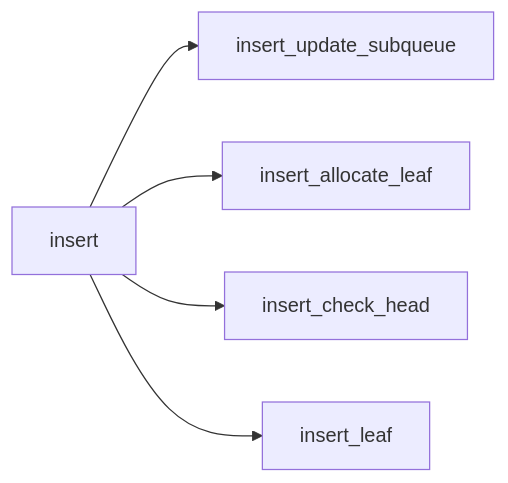
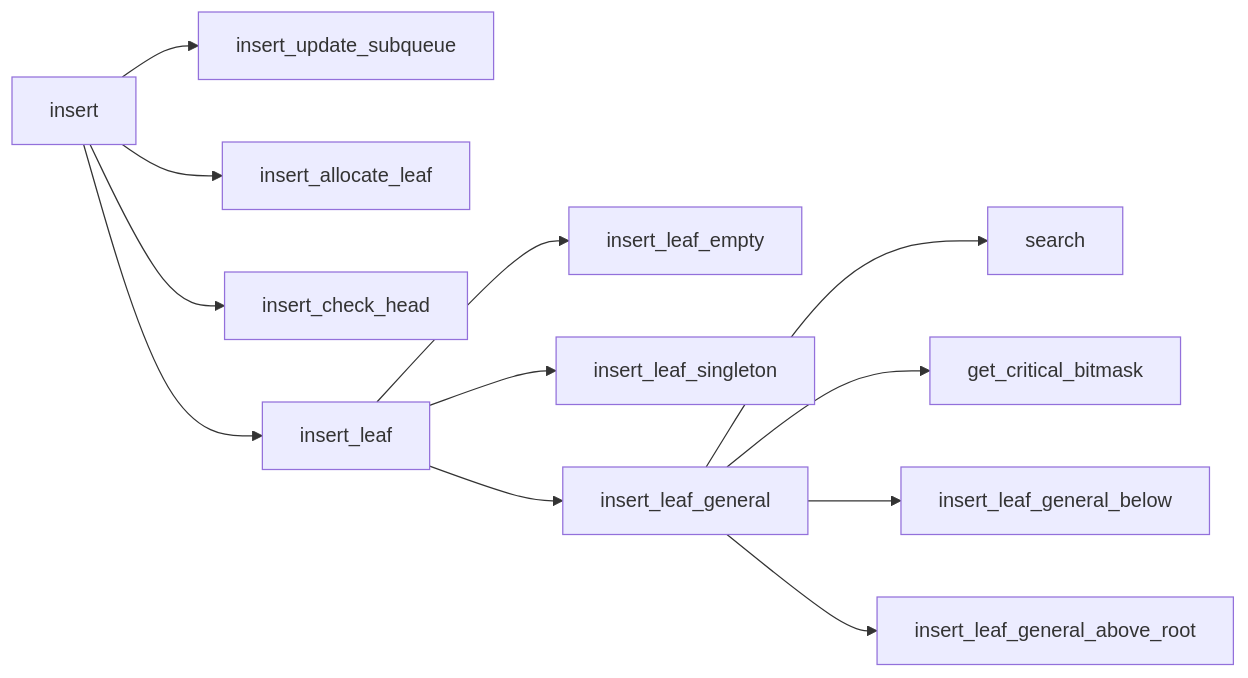
The third of 5 diagrams in doc/diagrams/src/modules/critqueue.md (econia-labs/econia), drawn with Mermaid before and after one commit. The commit also changed 2 other files, not shown here.

Commit message:
Refactor search for general insert stub

````diff
--- a/doc/diagrams/src/modules/critqueue.md
+++ b/doc/diagrams/src/modules/critqueue.md
@@ -35,10 +35,17 @@
 ```mermaid
 
 flowchart LR
 
 insert --> insert_update_subqueue
 insert --> insert_allocate_leaf
 insert --> insert_check_head
 insert --> insert_leaf
+insert_leaf --> insert_leaf_empty
+insert_leaf --> insert_leaf_singleton
+insert_leaf --> insert_leaf_general
+insert_leaf_general --> search
+insert_leaf_general --> get_critical_bitmask
+insert_leaf_general --> insert_leaf_general_below
+insert_leaf_general --> insert_leaf_general_above_root
 
 ```
````
